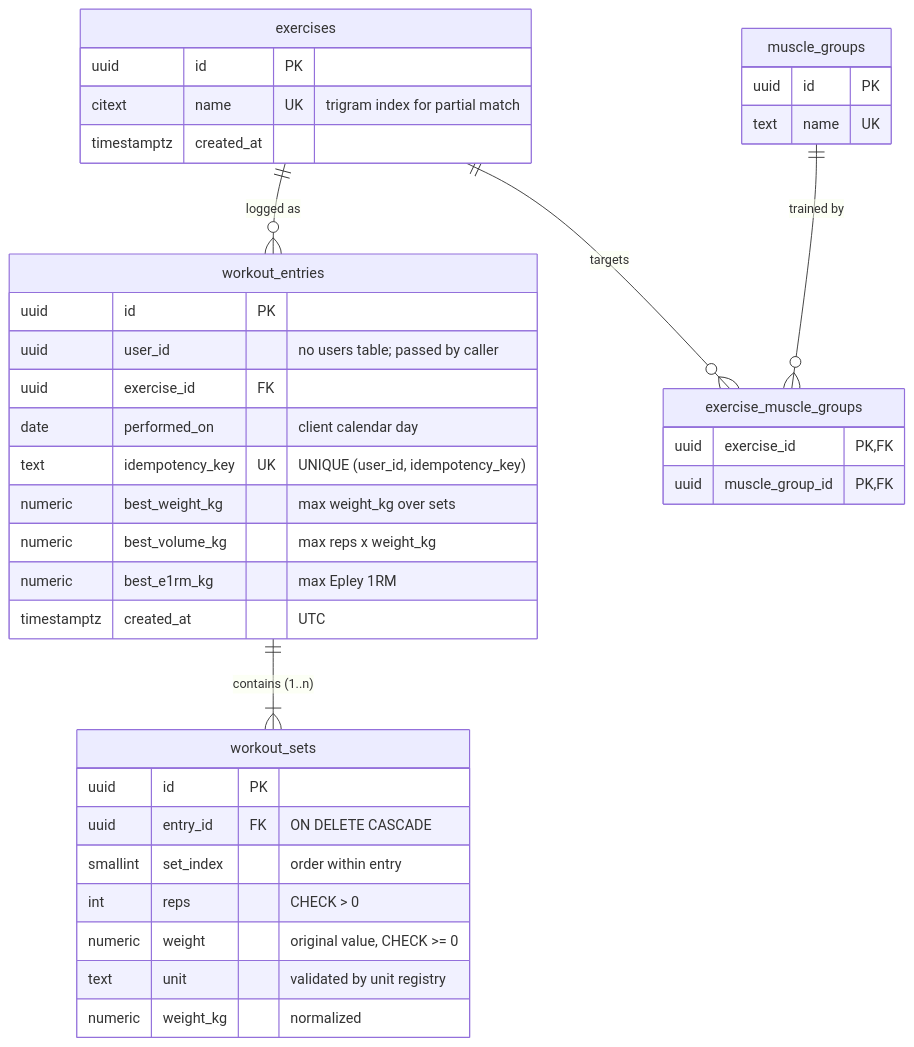
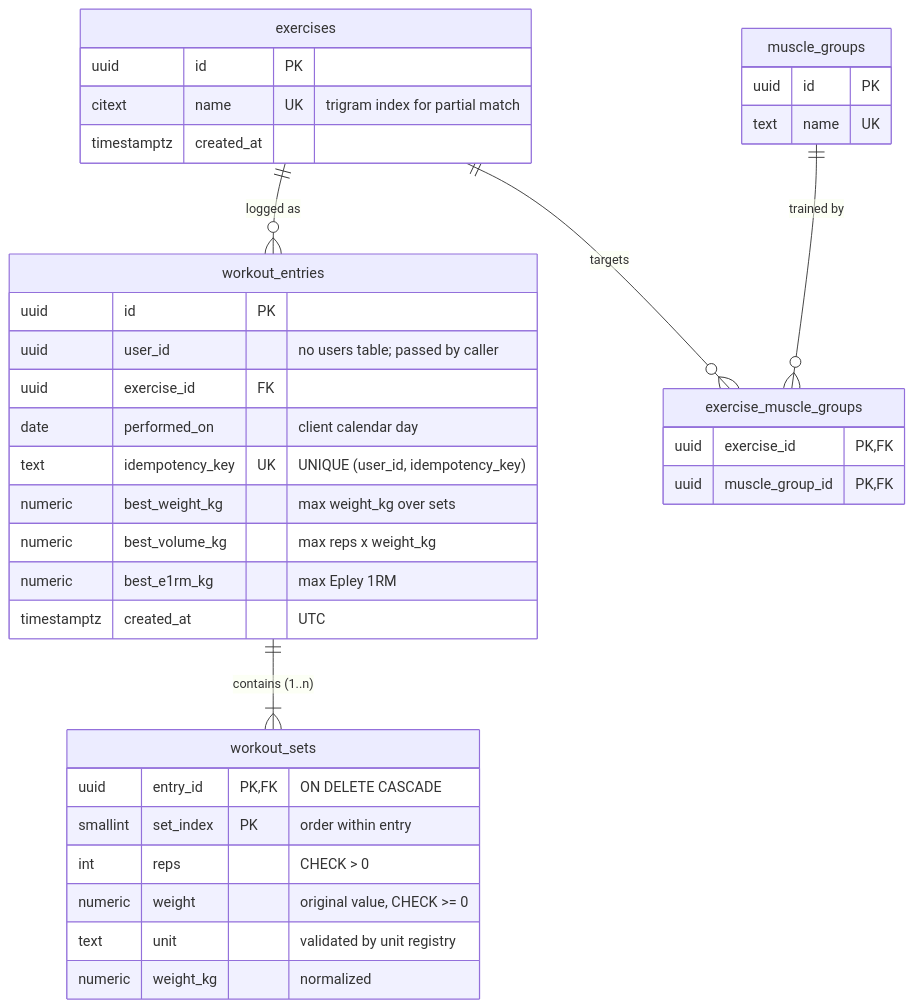
One commit to anhntt96/workout_api_log changed the diagram in docs/adr/0001-database-selection.md. Above: the diagram before and after it, drawn with Mermaid. The commit also changed other lines of this file, not shown here.

````diff
--- a/docs/adr/0001-database-selection.md
+++ b/docs/adr/0001-database-selection.md
@@ -18,45 +18,44 @@
 ```mermaid
 erDiagram
     exercises ||--o{ workout_entries : "logged as"
     workout_entries ||--|{ workout_sets : "contains (1..n)"
     exercises ||--o{ exercise_muscle_groups : "targets"
     muscle_groups ||--o{ exercise_muscle_groups : "trained by"
 
     workout_entries {
         uuid id PK
         uuid user_id "no users table; passed by caller"
         uuid exercise_id FK
         date performed_on "client calendar day"
         text idempotency_key UK "UNIQUE (user_id, idempotency_key)"
         numeric best_weight_kg "max weight_kg over sets"
         numeric best_volume_kg "max reps x weight_kg"
         numeric best_e1rm_kg "max Epley 1RM"
         timestamptz created_at "UTC"
     }
 
     workout_sets {
-        uuid id PK
-        uuid entry_id FK "ON DELETE CASCADE"
-        smallint set_index "order within entry"
+        uuid entry_id PK, FK "ON DELETE CASCADE"
+        smallint set_index PK "order within entry"
         int reps "CHECK > 0"
         numeric weight "original value, CHECK >= 0"
         text unit "validated by unit registry"
         numeric weight_kg "normalized"
     }
 
     exercises {
         uuid id PK
         citext name UK "trigram index for partial match"
         timestamptz created_at
     }
 
     muscle_groups {
         uuid id PK
         text name UK
     }
 
     exercise_muscle_groups {
         uuid exercise_id PK, FK
         uuid muscle_group_id PK, FK
     }
 ```
````
